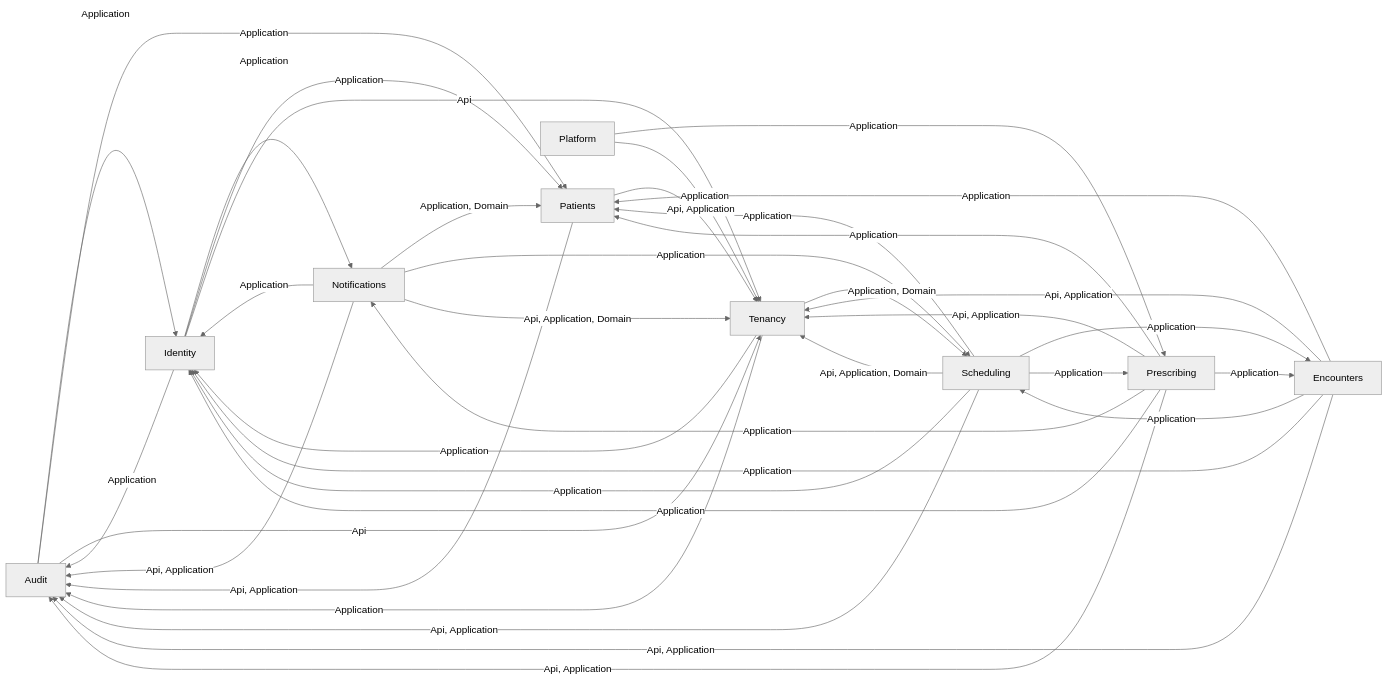
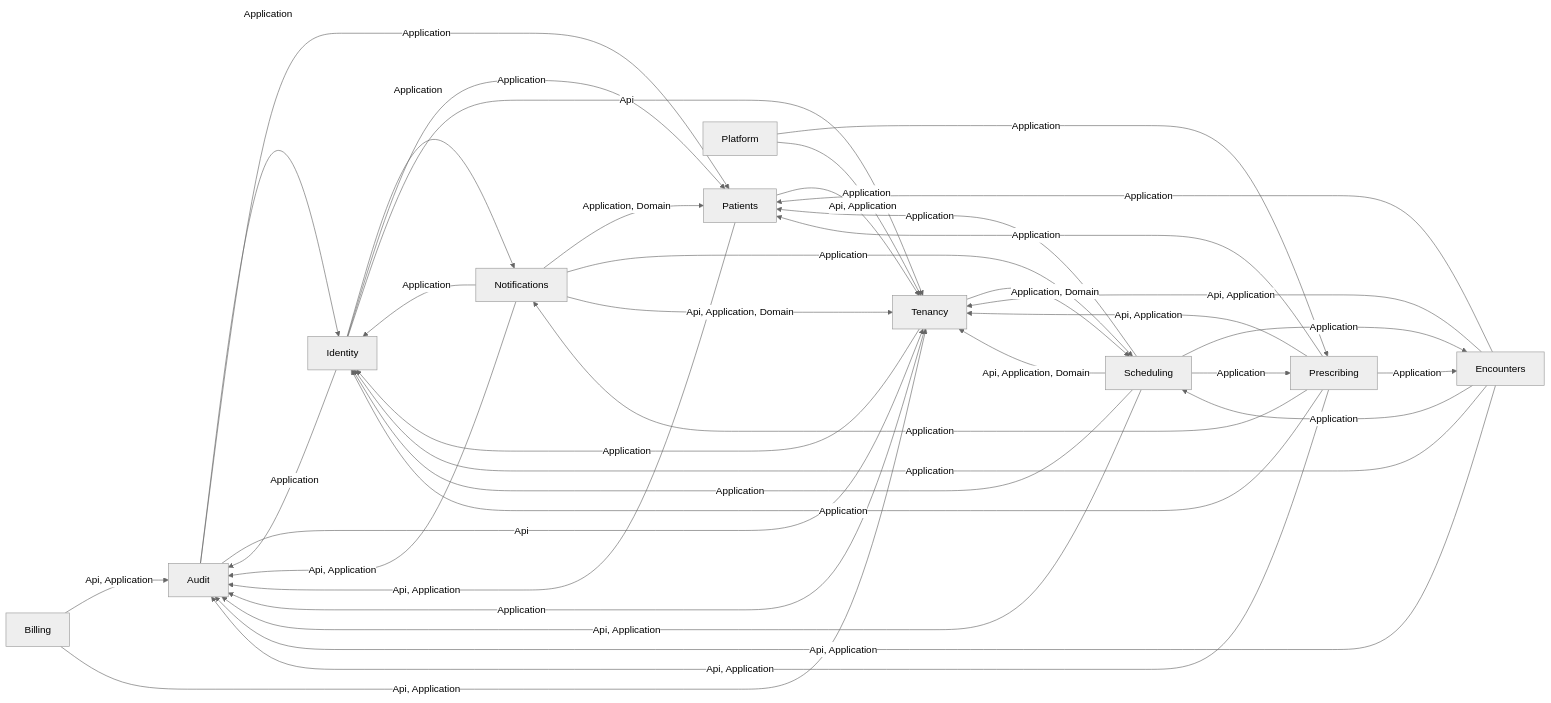
One commit to ALFRED-LUCIFER/medvya changed the second of 14 diagrams in docs/03-architecture/erd.md. Above: the diagram before and after it, drawn with Mermaid (neutral theme). The commit also changed other lines of this file and 68 other files, not shown here.

````diff
--- a/docs/03-architecture/erd.md
+++ b/docs/03-architecture/erd.md
@@ -56,39 +56,41 @@
 ```mermaid
 flowchart LR
   Audit -->|"Application"| Identity
   Audit -->|"Application"| Patients
   Audit -->|"Api"| Tenancy
+  Billing -->|"Api, Application"| Audit
+  Billing -->|"Api, Application"| Tenancy
   Encounters -->|"Api, Application"| Audit
   Encounters -->|"Application"| Identity
   Encounters -->|"Application"| Patients
   Encounters -->|"Application"| Scheduling
   Encounters -->|"Api, Application"| Tenancy
   Identity -->|"Application"| Audit
   Identity -->|"Application"| Notifications
   Identity -->|"Application"| Patients
   Identity -->|"Api"| Tenancy
   Notifications -->|"Api, Application"| Audit
   Notifications -->|"Application"| Identity
   Notifications -->|"Application, Domain"| Patients
   Notifications -->|"Application"| Scheduling
   Notifications -->|"Api, Application, Domain"| Tenancy
   Patients -->|"Api, Application"| Audit
   Patients -->|"Api, Application"| Tenancy
   Platform -->|"Application"| Prescribing
   Platform -->|"Application"| Tenancy
   Prescribing -->|"Api, Application"| Audit
   Prescribing -->|"Application"| Encounters
   Prescribing -->|"Application"| Identity
   Prescribing -->|"Application"| Notifications
   Prescribing -->|"Application"| Patients
   Prescribing -->|"Api, Application"| Tenancy
   Scheduling -->|"Api, Application"| Audit
   Scheduling -->|"Application"| Encounters
   Scheduling -->|"Application"| Identity
   Scheduling -->|"Application"| Patients
   Scheduling -->|"Application"| Prescribing
   Scheduling -->|"Api, Application, Domain"| Tenancy
   Tenancy -->|"Application"| Audit
   Tenancy -->|"Application"| Identity
   Tenancy -->|"Application, Domain"| Scheduling
 ```
````
